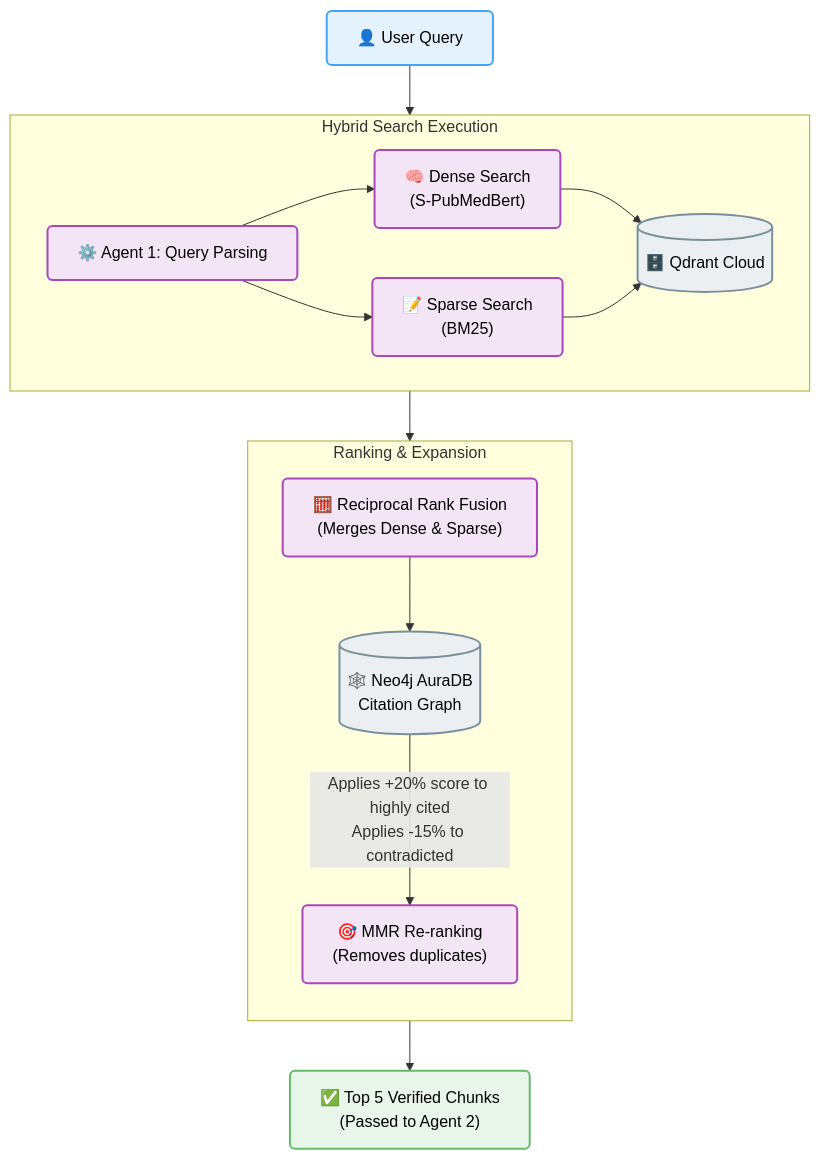
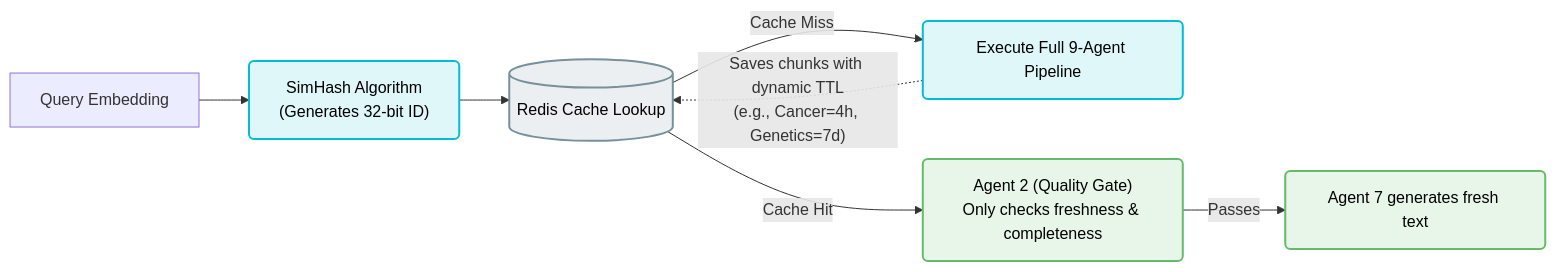
One commit to pavan939111/SelfLearning_Rag changed the third of 12 diagrams in ARCHITECTURE.md. Above: the diagram before and after it, drawn with Mermaid. The commit also changed other lines of this file and 2 other files, not shown here.

Commit message:
docs: finalize architecture documentation by merging highly-detailed agent and cycle diagrams into the new structure

````diff
--- a/ARCHITECTURE.md
+++ b/ARCHITECTURE.md
@@ -152,27 +73,16 @@
 ```mermaid
-flowchart TD
-    classDef query fill:#e3f2fd,stroke:#42a5f5,stroke-width:2px,color:#000,rx:5px
+flowchart LR
+    classDef process fill:#e0f7fa,stroke:#00bcd4,stroke-width:2px,color:#000,rx:5px
+    classDef success fill:#e8f5e9,stroke:#66bb6a,stroke-width:2px,color:#000,rx:5px
     classDef db fill:#eceff1,stroke:#78909c,stroke-width:2px,color:#000,rx:10px
-    classDef process fill:#f3e5f5,stroke:#ab47bc,stroke-width:2px,color:#000,rx:5px
-    classDef result fill:#e8f5e9,stroke:#66bb6a,stroke-width:2px,color:#000,rx:5px
 
-    Q["👤 User Query"]:::query --> PARSE["⚙️ Agent 1: Query Parsing"]:::process
-
-    subgraph SEARCH ["Hybrid Search Execution"]
-        direction LR
-        PARSE --> DENSE["🧠 Dense Search\n(S-PubMedBert)"]:::process
-        PARSE --> SPARSE["📝 Sparse Search\n(BM25)"]:::process
-        
-        DENSE --> QDRANT[("🗄️ Qdrant Cloud")]:::db
-        SPARSE --> QDRANT
-    end
-
-    subgraph FUSION ["Ranking & Expansion"]
-        direction TB
-        QDRANT --> RRF["🧮 Reciprocal Rank Fusion\n(Merges Dense & Sparse)"]:::process
-        RRF --> NEO4J[("🕸️ Neo4j AuraDB\nCitation Graph")]:::db
-        NEO4J -->|"Applies +20% score to highly cited\nApplies -15% to contradicted"| MMR["🎯 MMR Re-ranking\n(Removes duplicates)"]:::process
-    end
-
-    MMR --> OUT["✅ Top 5 Verified Chunks\n(Passed to Agent 2)"]:::result
+    Q["Query Embedding"] --> SIM["SimHash Algorithm\n(Generates 32-bit ID)"]:::process
+    SIM --> REDIS[("Redis Cache Lookup")]:::db
+    
+    REDIS -->|"Cache Miss"| FULL["Execute Full 9-Agent Pipeline"]:::process
+    REDIS -->|"Cache Hit"| A2["Agent 2 (Quality Gate)\nOnly checks freshness & completeness"]:::success
+    
+    A2 -->|"Passes"| A7["Agent 7 generates fresh text"]:::success
+    
+    FULL -.->|"Saves chunks with dynamic TTL\n(e.g., Cancer=4h, Genetics=7d)"| REDIS
 ```
````
